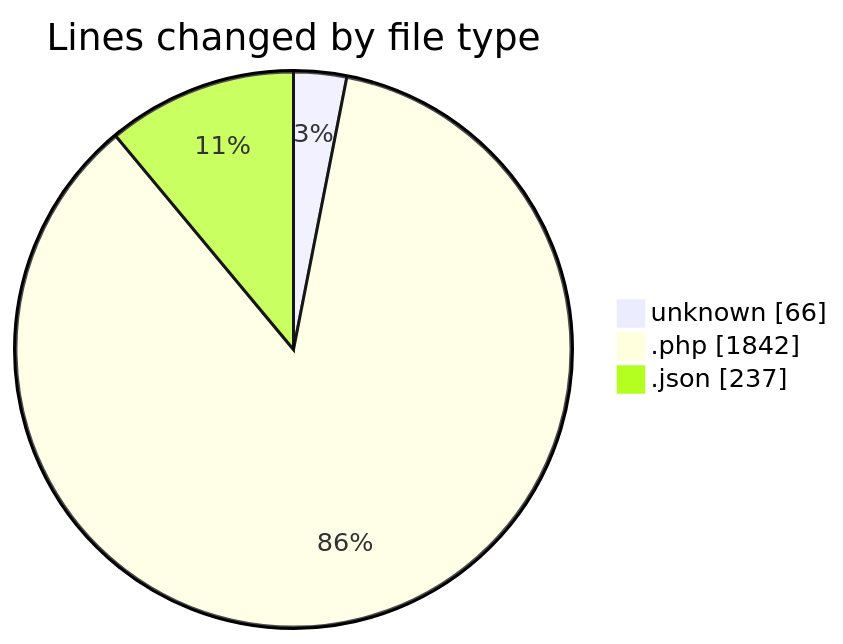
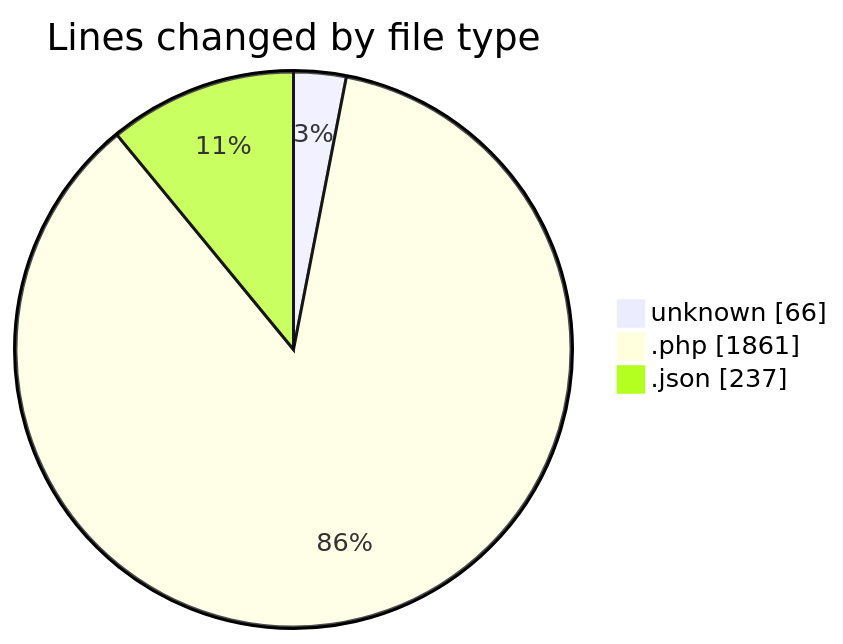
One commit to idhammustaqopulfikri/code-tracking changed the first of 2 diagrams in 2025-05-15/bookingpodcas/README.md. Above: the diagram before and after it, drawn with Mermaid. The commit also changed other lines of this file and 1 other file, not shown here.

````diff
--- a/2025-05-15/bookingpodcas/README.md
+++ b/2025-05-15/bookingpodcas/README.md
@@ -25,7 +26,7 @@
 ```mermaid
 pie showData
 title Lines changed by file type
 "unknown" : 66
-".php" : 1842
+".php" : 1861
 ".json" : 237
 ```
````
